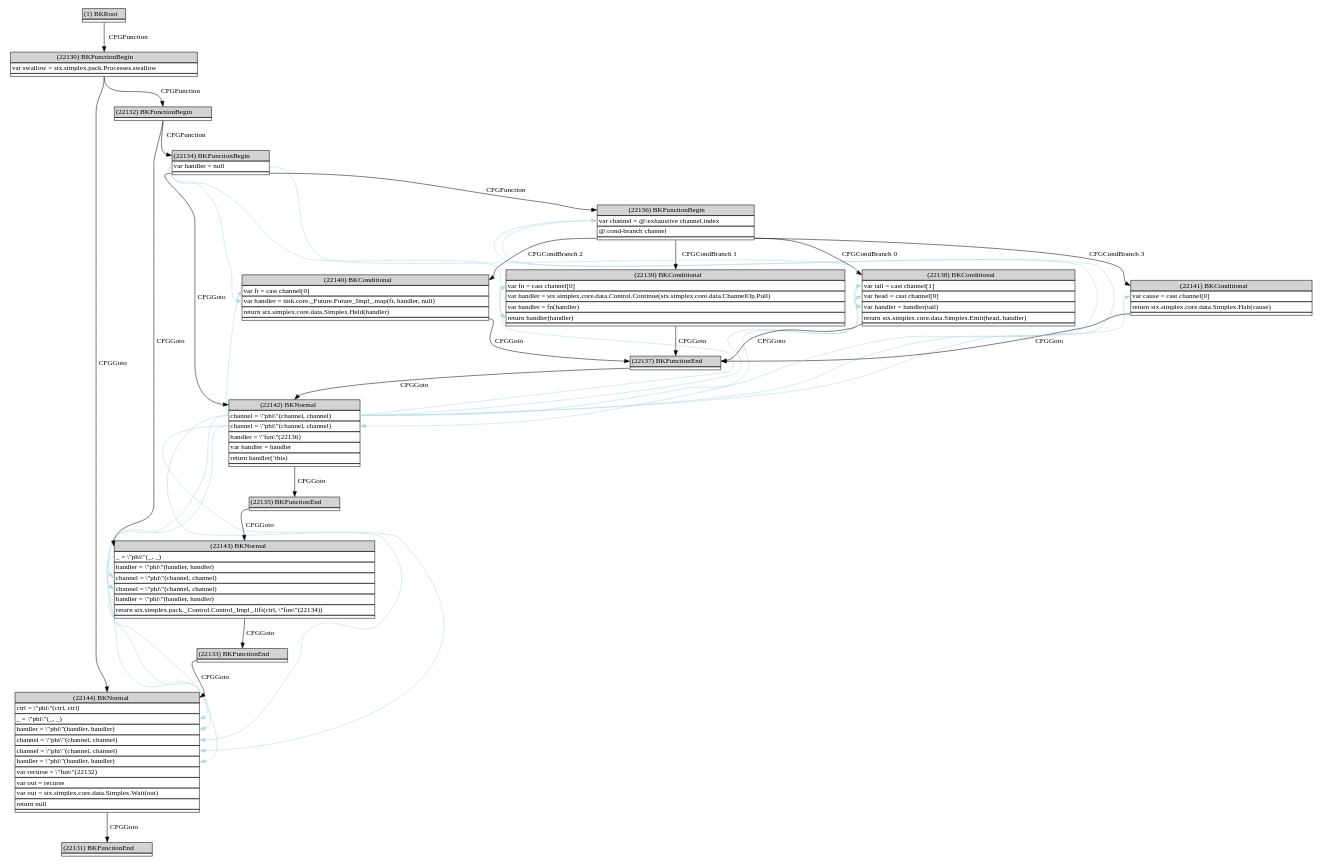
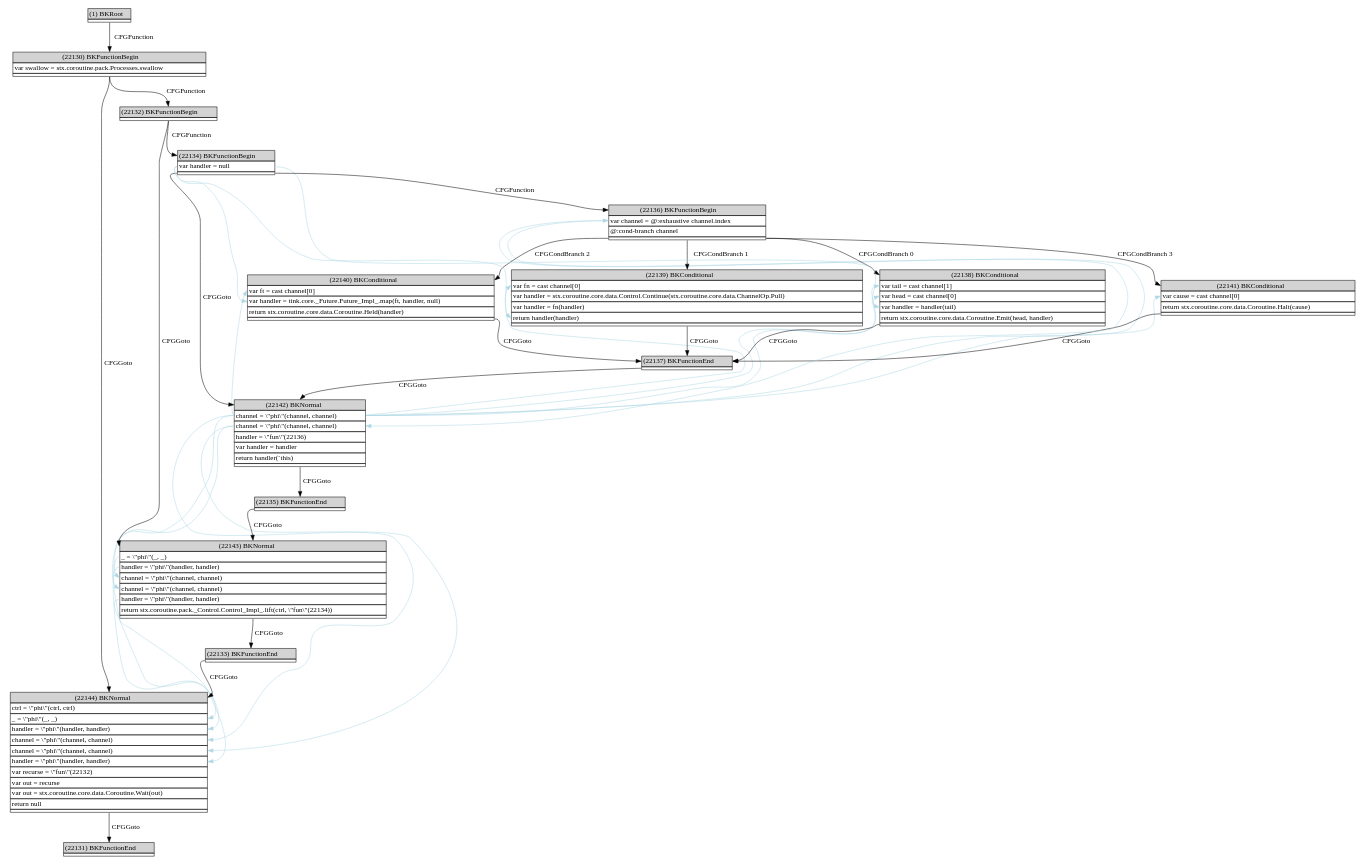
Before and after one commit to ohmrun/stx_coroutine: the diagram in dump/neko/stx/simplex/pack/channel/_LIFO/LIFO_Impl_.toSource-cfg-ssa.dot, drawn with Graphviz. The commit also changed 102 other files, not shown here.

Commit message:
simplex -> coroutine

```diff
--- a/dump/neko/stx/simplex/pack/channel/_LIFO/LIFO_Impl_.toSource-cfg-ssa.dot
+++ b/dump/neko/stx/simplex/pack/channel/_LIFO/LIFO_Impl_.toSource-cfg-ssa.dot
@@ -1,143 +1,143 @@
 digraph graphname {
 	node [shape=plaintext];
 n22144[label=<<table BORDER="0" CELLBORDER="1" CELLSPACING="0">
 	<tr><td port="in" bgcolor="lightgray">(22144) BKNormal</td></tr>
 	<tr><td port="ep0" align="left">ctrl = \"phi\"(ctrl, ctrl)</td></tr>
 	<tr><td port="ep1" align="left">_ = \"phi\"(_, _)</td></tr>
 	<tr><td port="ep2" align="left">handler = \"phi\"(handler, handler)</td></tr>
 	<tr><td port="ep3" align="left">channel = \"phi\"(channel, channel)</td></tr>
 	<tr><td port="ep4" align="left">channel = \"phi\"(channel, channel)</td></tr>
 	<tr><td port="ep5" align="left">handler = \"phi\"(handler, handler)</td></tr>
 	<tr><td port="e0" align="left">var recurse = \"fun\"(22132)</td></tr>
 	<tr><td port="e1" align="left">var out = recurse</td></tr>
-	<tr><td port="e2" align="left">var out = stx.simplex.core.data.Simplex.Wait(out)</td></tr>
+	<tr><td port="e2" align="left">var out = stx.coroutine.core.data.Coroutine.Wait(out)</td></tr>
 	<tr><td port="e3" align="left">return null</td></tr>
 	<tr><td port="out"></td></tr>
 </table>>];
 n22143[label=<<table BORDER="0" CELLBORDER="1" CELLSPACING="0">
 	<tr><td port="in" bgcolor="lightgray">(22143) BKNormal</td></tr>
 	<tr><td port="ep0" align="left">_ = \"phi\"(_, _)</td></tr>
 	<tr><td port="ep1" align="left">handler = \"phi\"(handler, handler)</td></tr>
 	<tr><td port="ep2" align="left">channel = \"phi\"(channel, channel)</td></tr>
 	<tr><td port="ep3" align="left">channel = \"phi\"(channel, channel)</td></tr>
 	<tr><td port="ep4" align="left">handler = \"phi\"(handler, handler)</td></tr>
-	<tr><td port="e0" align="left">return stx.simplex.pack._Control.Control_Impl_.lift(ctrl, \"fun\"(22134))</td></tr>
+	<tr><td port="e0" align="left">return stx.coroutine.pack._Control.Control_Impl_.lift(ctrl, \"fun\"(22134))</td></tr>
 	<tr><td port="out"></td></tr>
 </table>>];
 n22142[label=<<table BORDER="0" CELLBORDER="1" CELLSPACING="0">
 	<tr><td port="in" bgcolor="lightgray">(22142) BKNormal</td></tr>
 	<tr><td port="ep0" align="left">channel = \"phi\"(channel, channel)</td></tr>
 	<tr><td port="ep1" align="left">channel = \"phi\"(channel, channel)</td></tr>
 	<tr><td port="e0" align="left">handler = \"fun\"(22136)</td></tr>
 	<tr><td port="e1" align="left">var handler = handler</td></tr>
 	<tr><td port="e2" align="left">return handler(`this)</td></tr>
 	<tr><td port="out"></td></tr>
 </table>>];
 n22141[label=<<table BORDER="0" CELLBORDER="1" CELLSPACING="0">
 	<tr><td port="in" bgcolor="lightgray">(22141) BKConditional</td></tr>
 	<tr><td port="e0" align="left">var cause = cast channel[0]</td></tr>
-	<tr><td port="e1" align="left">return stx.simplex.core.data.Simplex.Halt(cause)</td></tr>
+	<tr><td port="e1" align="left">return stx.coroutine.core.data.Coroutine.Halt(cause)</td></tr>
 	<tr><td port="out"></td></tr>
 </table>>];
 n22140[label=<<table BORDER="0" CELLBORDER="1" CELLSPACING="0">
 	<tr><td port="in" bgcolor="lightgray">(22140) BKConditional</td></tr>
 	<tr><td port="e0" align="left">var ft = cast channel[0]</td></tr>
 	<tr><td port="e1" align="left">var handler = tink.core._Future.Future_Impl_.map(ft, handler, null)</td></tr>
-	<tr><td port="e2" align="left">return stx.simplex.core.data.Simplex.Held(handler)</td></tr>
+	<tr><td port="e2" align="left">return stx.coroutine.core.data.Coroutine.Held(handler)</td></tr>
 	<tr><td port="out"></td></tr>
 </table>>];
 n22139[label=<<table BORDER="0" CELLBORDER="1" CELLSPACING="0">
 	<tr><td port="in" bgcolor="lightgray">(22139) BKConditional</td></tr>
 	<tr><td port="e0" align="left">var fn = cast channel[0]</td></tr>
-	<tr><td port="e1" align="left">var handler = stx.simplex.core.data.Control.Continue(stx.simplex.core.data.ChannelOp.Pull)</td></tr>
+	<tr><td port="e1" align="left">var handler = stx.coroutine.core.data.Control.Continue(stx.coroutine.core.data.ChannelOp.Pull)</td></tr>
 	<tr><td port="e2" align="left">var handler = fn(handler)</td></tr>
 	<tr><td port="e3" align="left">return handler(handler)</td></tr>
 	<tr><td port="out"></td></tr>
 </table>>];
 n22138[label=<<table BORDER="0" CELLBORDER="1" CELLSPACING="0">
 	<tr><td port="in" bgcolor="lightgray">(22138) BKConditional</td></tr>
 	<tr><td port="e0" align="left">var tail = cast channel[1]</td></tr>
 	<tr><td port="e1" align="left">var head = cast channel[0]</td></tr>
 	<tr><td port="e2" align="left">var handler = handler(tail)</td></tr>
-	<tr><td port="e3" align="left">return stx.simplex.core.data.Simplex.Emit(head, handler)</td></tr>
+	<tr><td port="e3" align="left">return stx.coroutine.core.data.Coroutine.Emit(head, handler)</td></tr>
 	<tr><td port="out"></td></tr>
 </table>>];
 n22137[label=<<table BORDER="0" CELLBORDER="1" CELLSPACING="0">
 	<tr><td port="in" bgcolor="lightgray">(22137) BKFunctionEnd</td></tr>
 	<tr><td port="out"></td></tr>
 </table>>];
 n22136[label=<<table BORDER="0" CELLBORDER="1" CELLSPACING="0">
 	<tr><td port="in" bgcolor="lightgray">(22136) BKFunctionBegin</td></tr>
 	<tr><td port="e0" align="left">var channel = @:exhaustive channel.index</td></tr>
 	<tr><td port="e1" align="left">@:cond-branch channel</td></tr>
 	<tr><td port="out"></td></tr>
 </table>>];
 n22135[label=<<table BORDER="0" CELLBORDER="1" CELLSPACING="0">
 	<tr><td port="in" bgcolor="lightgray">(22135) BKFunctionEnd</td></tr>
 	<tr><td port="out"></td></tr>
 </table>>];
 n22134[label=<<table BORDER="0" CELLBORDER="1" CELLSPACING="0">
 	<tr><td port="in" bgcolor="lightgray">(22134) BKFunctionBegin</td></tr>
 	<tr><td port="e0" align="left">var handler = null</td></tr>
 	<tr><td port="out"></td></tr>
 </table>>];
 n22133[label=<<table BORDER="0" CELLBORDER="1" CELLSPACING="0">
 	<tr><td port="in" bgcolor="lightgray">(22133) BKFunctionEnd</td></tr>
 	<tr><td port="out"></td></tr>
 </table>>];
 n22132[label=<<table BORDER="0" CELLBORDER="1" CELLSPACING="0">
 	<tr><td port="in" bgcolor="lightgray">(22132) BKFunctionBegin</td></tr>
 	<tr><td port="out"></td></tr>
 </table>>];
 n22131[label=<<table BORDER="0" CELLBORDER="1" CELLSPACING="0">
 	<tr><td port="in" bgcolor="lightgray">(22131) BKFunctionEnd</td></tr>
 	<tr><td port="out"></td></tr>
 </table>>];
 n22130[label=<<table BORDER="0" CELLBORDER="1" CELLSPACING="0">
 	<tr><td port="in" bgcolor="lightgray">(22130) BKFunctionBegin</td></tr>
-	<tr><td port="e0" align="left">var swallow = stx.simplex.pack.Processes.swallow</td></tr>
+	<tr><td port="e0" align="left">var swallow = stx.coroutine.pack.Processes.swallow</td></tr>
 	<tr><td port="out"></td></tr>
 </table>>];
 n1[label=<<table BORDER="0" CELLBORDER="1" CELLSPACING="0">
 	<tr><td port="in" bgcolor="lightgray">(1) BKRoot</td></tr>
 	<tr><td port="out"></td></tr>
 </table>>];
 n1:out -> n22130:in[label="CFGFunction"];
 n22130:out -> n22144:in[label="CFGGoto"];
 n22130:out -> n22132:in[label="CFGFunction"];
 n22132:out -> n22143:in[label="CFGGoto"];
 n22132:out -> n22134:in[label="CFGFunction"];
 n22134:out -> n22142:in[label="CFGGoto"];
 n22134:out -> n22136:in[label="CFGFunction"];
 n22136:out -> n22141:in[label="CFGCondBranch 3"];
 n22136:out -> n22140:in[label="CFGCondBranch 2"];
 n22136:out -> n22139:in[label="CFGCondBranch 1"];
 n22136:out -> n22138:in[label="CFGCondBranch 0"];
 n22138:out -> n22137:in[label="CFGGoto"];
 n22139:out -> n22137:in[label="CFGGoto"];
 n22140:out -> n22137:in[label="CFGGoto"];
 n22137:out -> n22142:in[label="CFGGoto"];
 n22141:out -> n22137:in[label="CFGGoto"];
 n22142:out -> n22135:in[label="CFGGoto"];
 n22135:out -> n22143:in[label="CFGGoto"];
 n22143:out -> n22133:in[label="CFGGoto"];
 n22133:out -> n22144:in[label="CFGGoto"];
 n22144:out -> n22131:in[label="CFGGoto"];
 n22143:ep0 -> n22144:ep1[color=lightblue,constraint=false];
 n22143:ep1 -> n22144:ep2[color=lightblue,constraint=false];
 n22142:ep0 -> n22141:e0[color=lightblue,constraint=false];
 n22142:ep0 -> n22140:e0[color=lightblue,constraint=false];
 n22142:ep0 -> n22139:e0[color=lightblue,constraint=false];
 n22142:ep0 -> n22138:e1[color=lightblue,constraint=false];
 n22142:ep0 -> n22138:e0[color=lightblue,constraint=false];
 n22142:ep0 -> n22136:e0[color=lightblue,constraint=false];
 n22142:ep0 -> n22143:ep2[color=lightblue,constraint=false];
 n22142:ep0 -> n22144:ep3[color=lightblue,constraint=false];
 n22142:ep1 -> n22143:ep3[color=lightblue,constraint=false];
 n22142:ep1 -> n22144:ep4[color=lightblue,constraint=false];
 n22143:ep4 -> n22144:ep5[color=lightblue,constraint=false];
 n22134:e0 -> n22140:e1[color=lightblue,constraint=false];
 n22134:e0 -> n22139:e3[color=lightblue,constraint=false];
 n22134:e0 -> n22138:e2[color=lightblue,constraint=false];
 n22136:e0 -> n22142:ep1[color=lightblue,constraint=false];
 }
```
